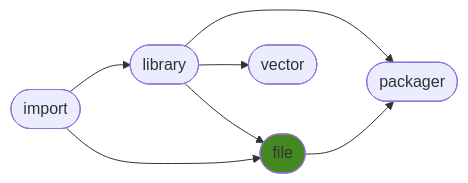
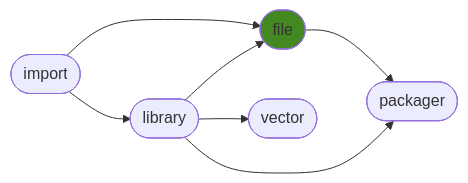
Before and after one commit to ManderaGeneral/generalfile: the diagram in README.md, drawn with Mermaid. The commit also changed other lines of this file and 1 other file, not shown here.

````diff
--- a/README.md
+++ b/README.md
@@ -24,15 +24,15 @@
 ```mermaid
 flowchart LR
+2([file]) --> 4([packager])
+1([library]) --> 2([file])
+1([library]) --> 3([vector])
 1([library]) --> 4([packager])
+0([import]) --> 2([file])
 0([import]) --> 1([library])
-1([library]) --> 3([vector])
-1([library]) --> 2([file])
-2([file]) --> 4([packager])
-0([import]) --> 2([file])
 click 0 "https://github.com/ManderaGeneral/generalimport"
 click 1 "https://github.com/ManderaGeneral/generallibrary"
 click 2 "https://github.com/ManderaGeneral/generalfile"
 click 3 "https://github.com/ManderaGeneral/generalvector"
 click 4 "https://github.com/ManderaGeneral/generalpackager"
 style 2 fill:#482
 ```
````
